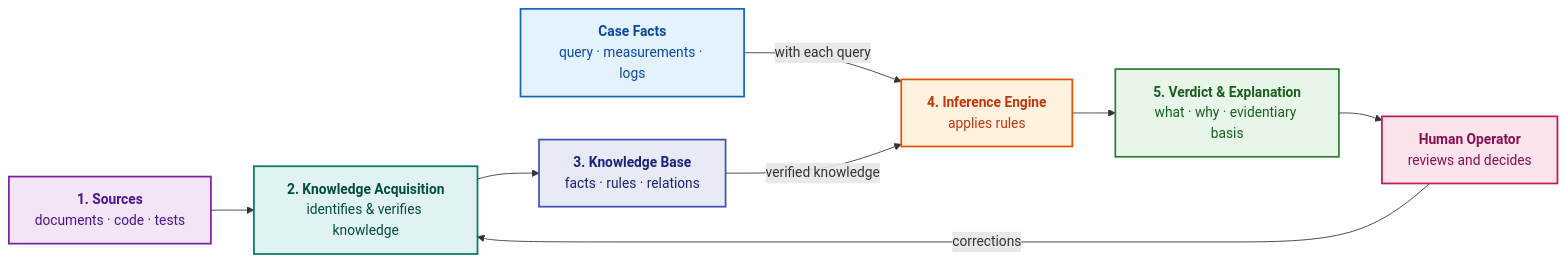
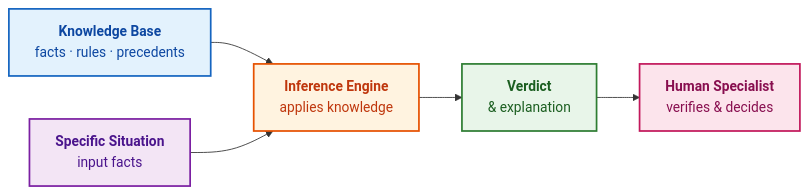
Before and after one commit to nick-fedchik/articles: the fourth of 4 diagrams in ExpertSystem/translations/en/ch01-introduction-to-expert-systems.md, drawn with Mermaid. The commit also changed other lines of this file and 2 other files, not shown here.

Commit message:
feat(ch01): restructure introductory chapter, add classical founders dialogue, colorize anatomy diagram, and format header (UA/EN/DE)

````diff
--- a/ExpertSystem/translations/en/ch01-introduction-to-expert-systems.md
+++ b/ExpertSystem/translations/en/ch01-introduction-to-expert-systems.md
@@ -580,29 +195,22 @@
 ```mermaid
 flowchart LR
-    accTitle: Architecture of an Evidence-Governed Expert System
-    accDescr: Documents and test results pass through the knowledge acquisition system into the knowledge base. Case-specific facts enter alongside each query. The inference engine combines verified knowledge with case facts to produce an explained verdict for human review, and human corrections feed back into knowledge acquisition.
+    accTitle: Simplest Architecture of an Expert System
+    accDescr: The knowledge base supplies rules to the inference engine, which receives situational input facts and generates an explainable verdict for the human specialist.
 
-    SRC["<b>1. Sources</b><br/>documents · code · tests"] --> KAS["<b>2. Knowledge Acquisition</b><br/>identifies & verifies knowledge"]
-    KAS --> KB["<b>3. Knowledge Base</b><br/>facts · rules · relations"]
-    CASE["<b>Case Facts</b><br/>query · measurements · logs"] -->|"with each query"| IE["<b>4. Inference Engine</b><br/>applies rules"]
-    KB -->|"verified knowledge"| IE
-    IE --> OUT["<b>5. Verdict & Explanation</b><br/>what · why · evidentiary basis"]
-    OUT --> HUM["<b>Human Operator</b><br/>reviews and decides"]
-    HUM -->|"corrections"| KAS
+    K["<b>Knowledge Base</b><br/>facts · rules · precedents"] --> I["<b>Inference Engine</b><br/>applies knowledge"]
+    C["<b>Specific Situation</b><br/>input facts"] --> I
+    I --> R["<b>Verdict</b><br/>& explanation"]
+    R --> H["<b>Human Specialist</b><br/>verifies & decides"]
 
-    classDef src fill:#f3e5f5,stroke:#7b1fa2,stroke-width:2px,color:#4a148c;
-    classDef fact fill:#e3f2fd,stroke:#1565c0,stroke-width:2px,color:#0d47a1;
-    classDef kas fill:#e0f2f1,stroke:#00796b,stroke-width:2px,color:#004d40;
-    classDef kb fill:#e8eaf6,stroke:#3f51b5,stroke-width:2px,color:#1a237e;
-    classDef ie fill:#fff3e0,stroke:#e65100,stroke-width:2px,color:#bf360c;
-    classDef out fill:#e8f5e9,stroke:#2e7d32,stroke-width:2px,color:#1b5e20;
+    classDef kb fill:#e3f2fd,stroke:#1565c0,stroke-width:2px,color:#0d47a1;
+    classDef engine fill:#fff3e0,stroke:#e65100,stroke-width:2px,color:#bf360c;
+    classDef ctx fill:#f3e5f5,stroke:#7b1fa2,stroke-width:2px,color:#4a148c;
+    classDef res fill:#e8f5e9,stroke:#2e7d32,stroke-width:2px,color:#1b5e20;
     classDef hum fill:#fce4ec,stroke:#c2185b,stroke-width:2px,color:#880e4f;
 
-    class SRC src;
-    class CASE fact;
-    class KAS kas;
-    class KB kb;
-    class IE ie;
-    class OUT out;
-    class HUM hum;
+    class K kb;
+    class I engine;
+    class C ctx;
+    class R res;
+    class H hum;
 ```
````
